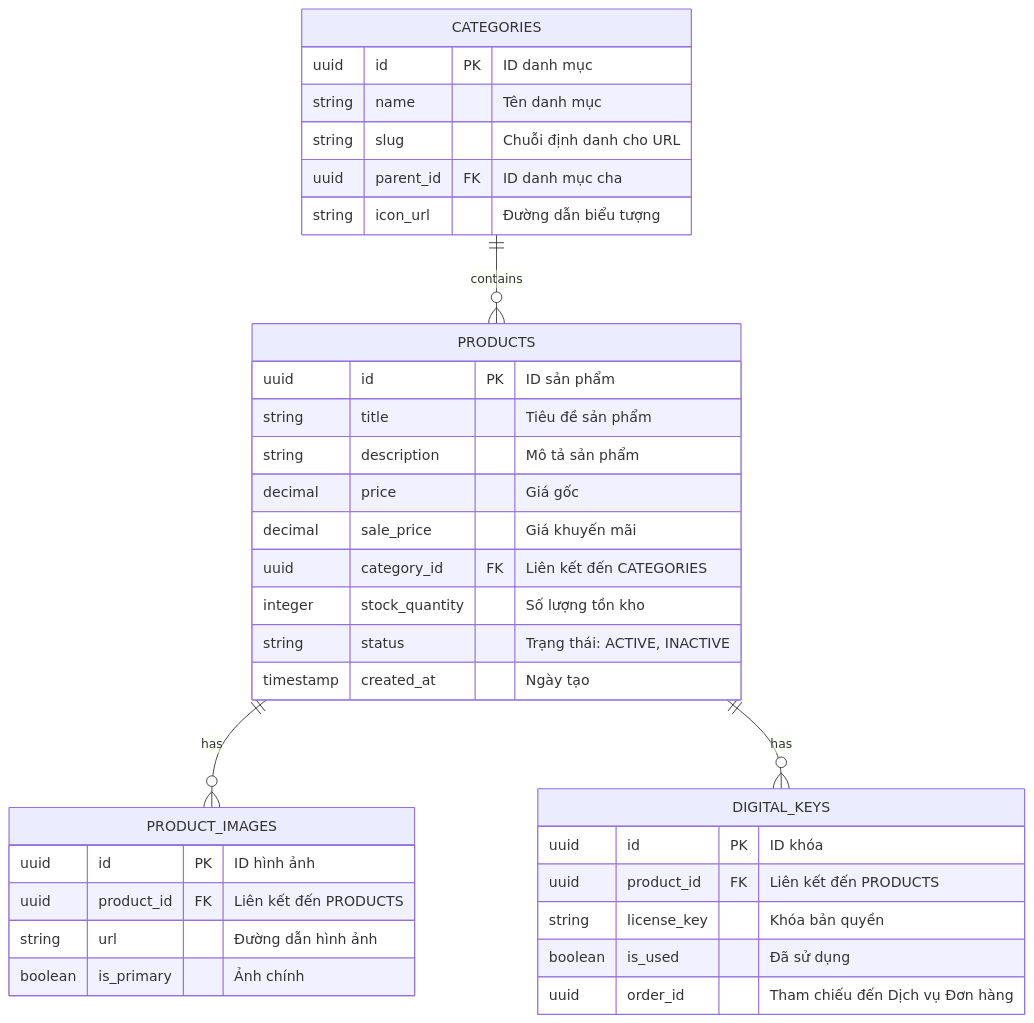
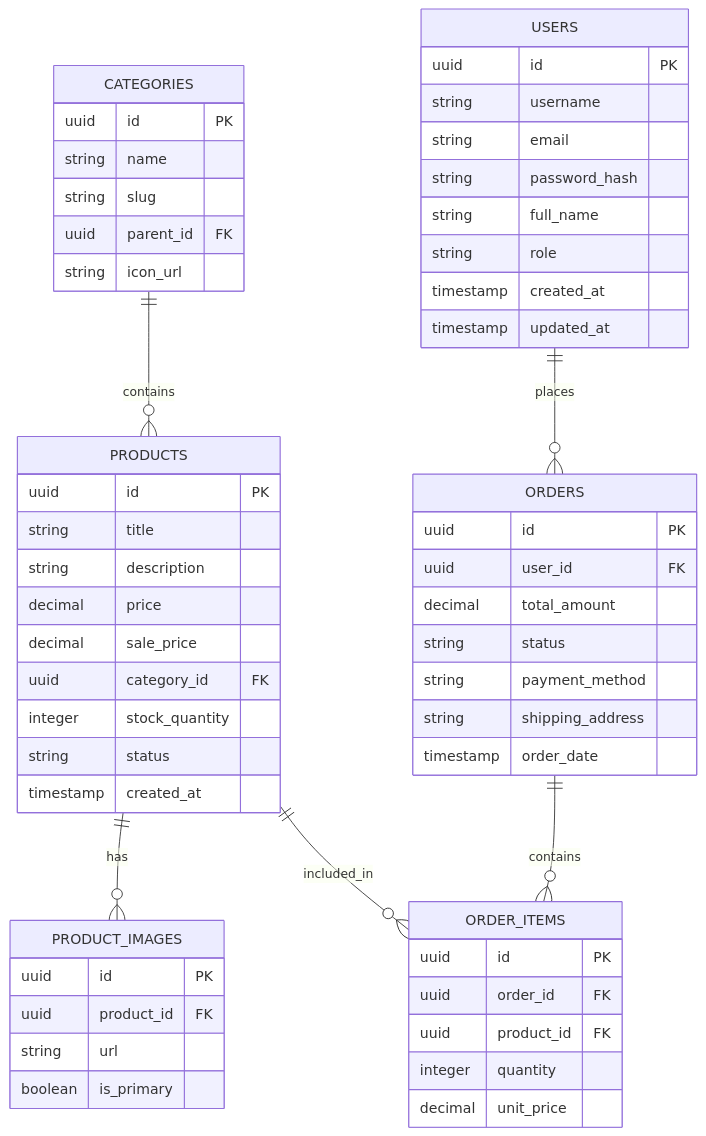
The diagram in docs/database/db_schema.md (KaitoDeus/NeoShop), drawn with Mermaid before and after one commit. The commit also changed other lines of this file and 9 other files, not shown here.

````diff
--- a/docs/database/db_schema.md
+++ b/docs/database/db_schema.md
@@ -30,37 +7,64 @@
 ```mermaid
 erDiagram
+    %% Module Authentication
+    USERS {
+      uuid id PK
+      string username
+      string email
+      string password_hash
+      string full_name
+      string role
+      timestamp created_at
+      timestamp updated_at
+    }
+
+    %% Module Catalog
     CATEGORIES {
-      uuid id PK "ID danh mục"
-      string name "Tên danh mục"
-      string slug "Chuỗi định danh cho URL"
-      uuid parent_id FK "ID danh mục cha"
-      string icon_url "Đường dẫn biểu tượng"
+      uuid id PK
+      string name
+      string slug
+      uuid parent_id FK
+      string icon_url
     }
     PRODUCTS {
-      uuid id PK "ID sản phẩm"
-      string title "Tiêu đề sản phẩm"
-      string description "Mô tả sản phẩm"
-      decimal price "Giá gốc"
-      decimal sale_price "Giá khuyến mãi"
-      uuid category_id FK "Liên kết đến CATEGORIES"
-      integer stock_quantity "Số lượng tồn kho"
-      string status "Trạng thái: ACTIVE, INACTIVE"
-      timestamp created_at "Ngày tạo"
+      uuid id PK
+      string title
+      string description
+      decimal price
+      decimal sale_price
+      uuid category_id FK
+      integer stock_quantity
+      string status
+      timestamp created_at
     }
     PRODUCT_IMAGES {
-      uuid id PK "ID hình ảnh"
-      uuid product_id FK "Liên kết đến PRODUCTS"
-      string url "Đường dẫn hình ảnh"
-      boolean is_primary "Ảnh chính"
+      uuid id PK
+      uuid product_id FK
+      string url
+      boolean is_primary
     }
-    DIGITAL_KEYS {
-      uuid id PK "ID khóa"
-      uuid product_id FK "Liên kết đến PRODUCTS"
-      string license_key "Khóa bản quyền"
-      boolean is_used "Đã sử dụng"
-      uuid order_id "Tham chiếu đến Dịch vụ Đơn hàng"
+
+    %% Module Orders
+    ORDERS {
+      uuid id PK
+      uuid user_id FK
+      decimal total_amount
+      string status
+      string payment_method
+      string shipping_address
+      timestamp order_date
     }
+    ORDER_ITEMS {
+      uuid id PK
+      uuid order_id FK
+      uuid product_id FK
+      integer quantity
+      decimal unit_price
+    }
+
+    USERS ||--o{ ORDERS : places
     CATEGORIES ||--o{ PRODUCTS : contains
     PRODUCTS ||--o{ PRODUCT_IMAGES : has
-    PRODUCTS ||--o{ DIGITAL_KEYS : has
+    PRODUCTS ||--o{ ORDER_ITEMS : included_in
+    ORDERS ||--o{ ORDER_ITEMS : contains
 ```
````
